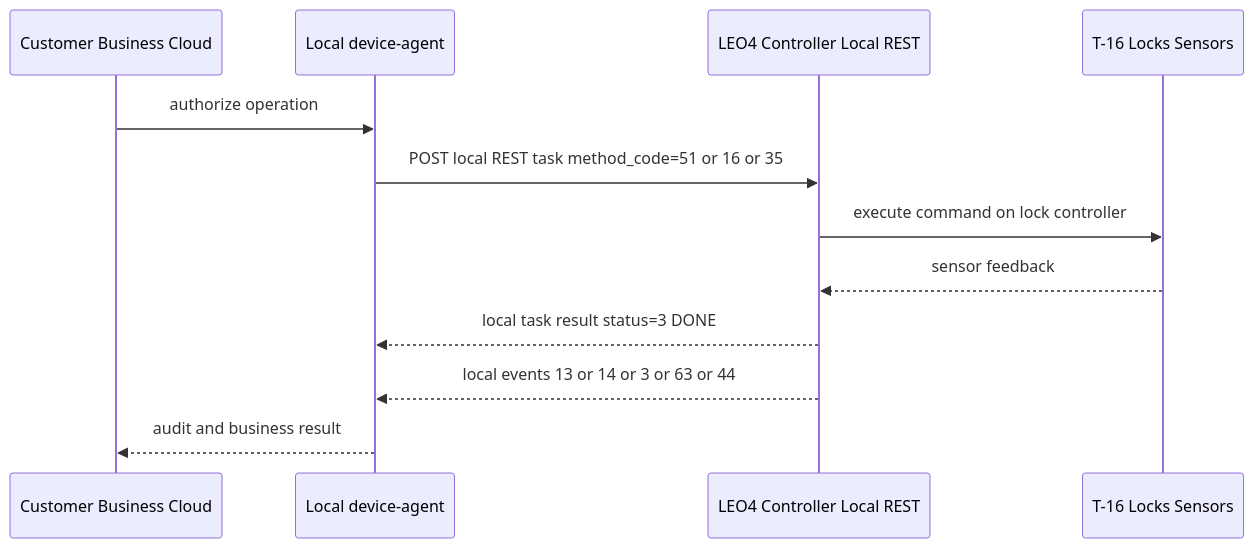
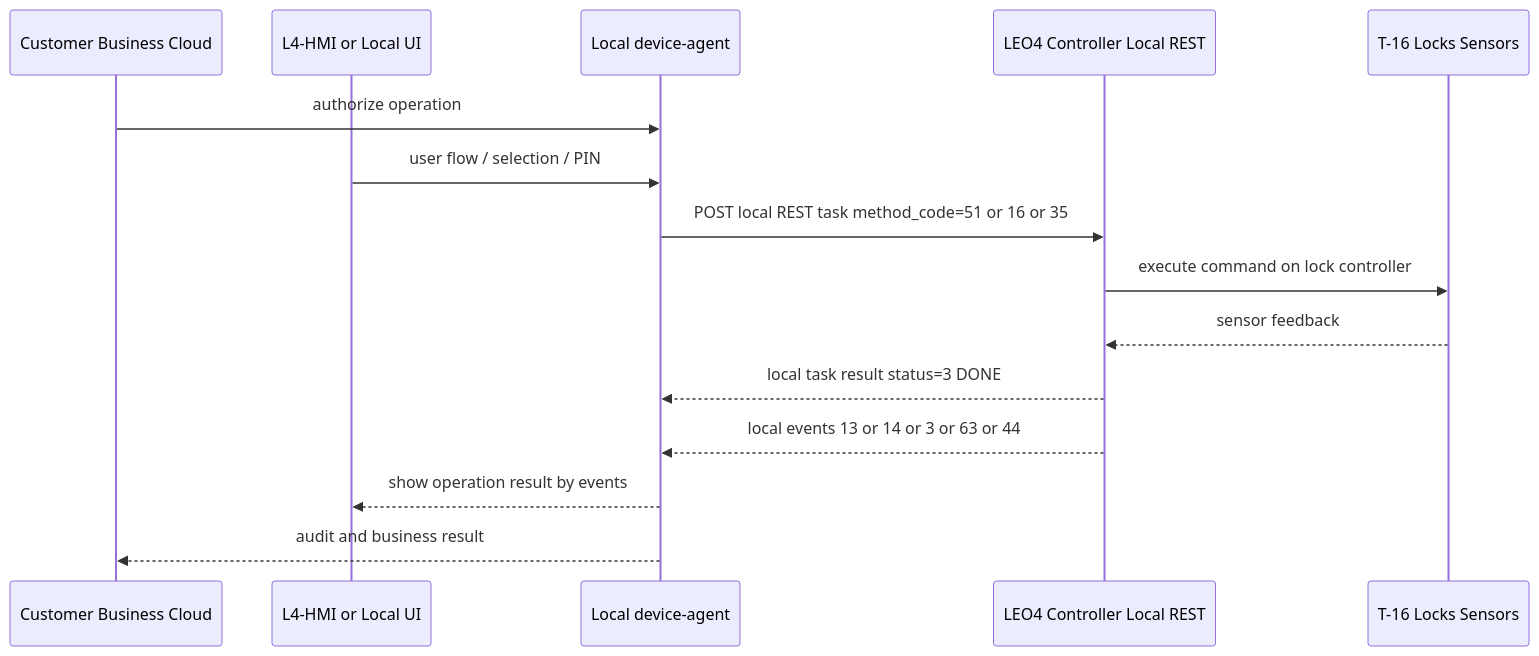
Before and after one commit to OlegLebedevRU/iot-rpc-rest-app: the second of 5 diagrams in docs/presale/leo4-vendor-execution-layer-response.md, drawn with Mermaid. The commit also changed other lines of this file, not shown here.

Commit message:
docs: add L4-HMI self-service UI positioning

````diff
--- a/docs/presale/leo4-vendor-execution-layer-response.md
+++ b/docs/presale/leo4-vendor-execution-layer-response.md
@@ -100,15 +104,18 @@
 ```mermaid
 sequenceDiagram
     participant BC as Customer Business Cloud
+    participant UI as L4-HMI or Local UI
     participant AG as Local device-agent
     participant CT as LEO4 Controller Local REST
     participant HW as T-16 Locks Sensors
 
     BC->>AG: authorize operation
+    UI->>AG: user flow / selection / PIN
     AG->>CT: POST local REST task method_code=51 or 16 or 35
     CT->>HW: execute command on lock controller
     HW-->>CT: sensor feedback
     CT-->>AG: local task result status=3 DONE
     CT-->>AG: local events 13 or 14 or 3 or 63 or 44
+    AG-->>UI: show operation result by events
     AG-->>BC: audit and business result
 ```
````
